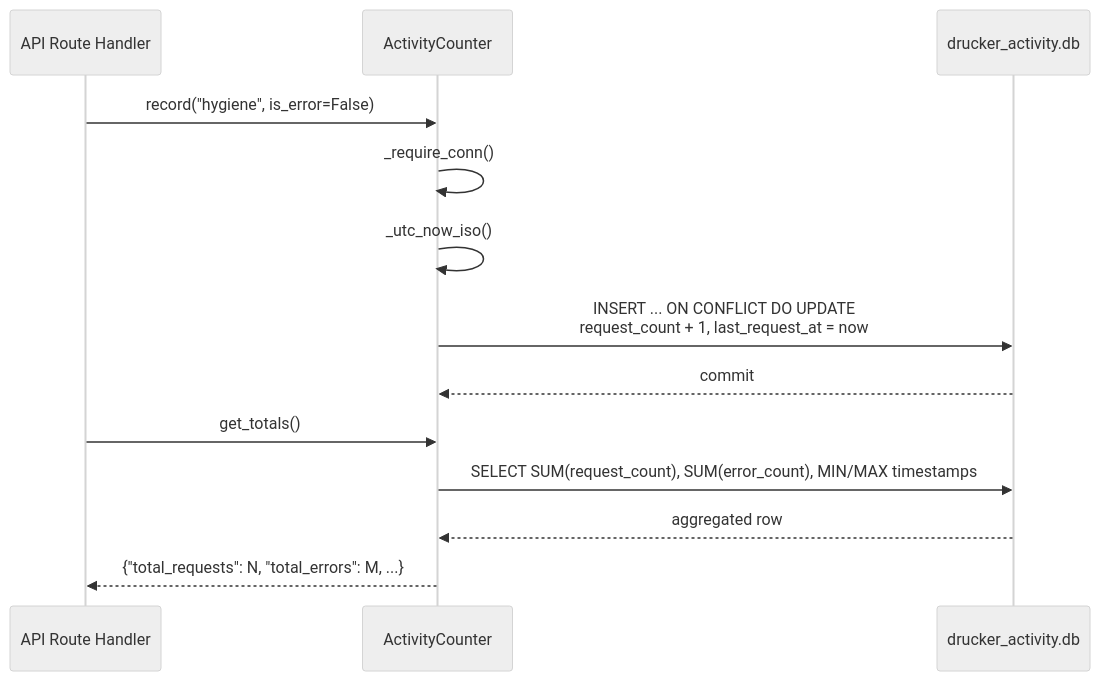
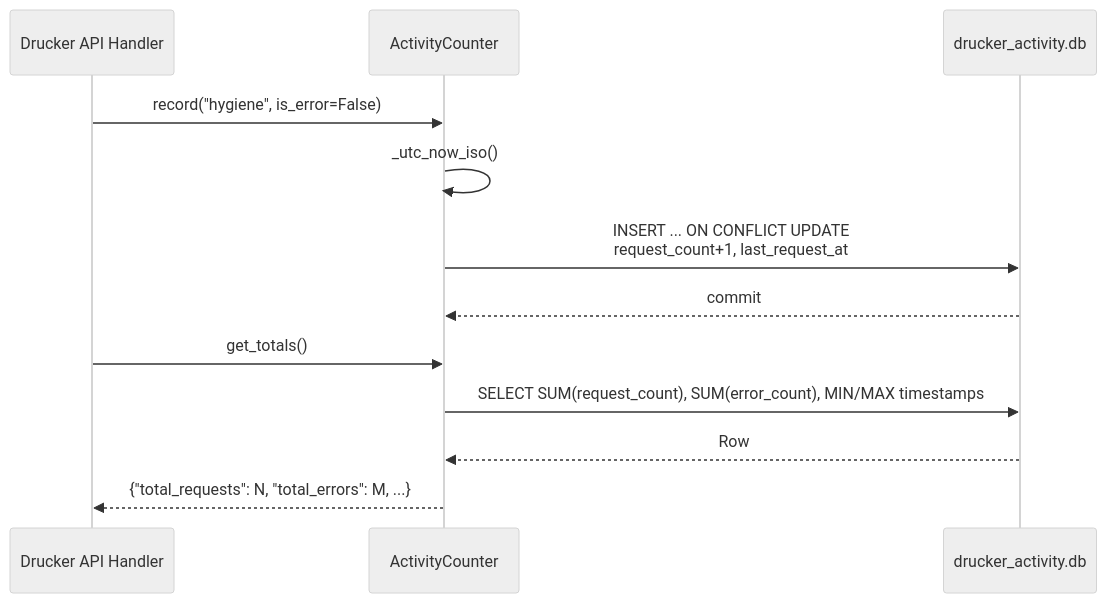
The second of 4 diagrams in docs/agents-drucker-state.md (jmac-cornelis/agent-workforce), drawn with Mermaid (neutral theme) before and after one commit. The commit also changed other lines of this file and 8 other files, not shown here.

````diff
--- a/docs/agents-drucker-state.md
+++ b/docs/agents-drucker-state.md
@@ -61,16 +64,16 @@
 ```mermaid
 sequenceDiagram
-    participant API as API Route Handler
+    participant API as Drucker API Handler
     participant AC as ActivityCounter
     participant DB as drucker_activity.db
 
     API->>AC: record("hygiene", is_error=False)
-    AC->>AC: _require_conn()
     AC->>AC: _utc_now_iso()
-    AC->>DB: INSERT ... ON CONFLICT DO UPDATE<br/>request_count + 1, last_request_at = now
+    AC->>DB: INSERT ... ON CONFLICT UPDATE<br/>request_count+1, last_request_at
     DB-->>AC: commit
+
     API->>AC: get_totals()
     AC->>DB: SELECT SUM(request_count), SUM(error_count), MIN/MAX timestamps
-    DB-->>AC: aggregated row
+    DB-->>AC: Row
     AC-->>API: {"total_requests": N, "total_errors": M, ...}
 ```
````
